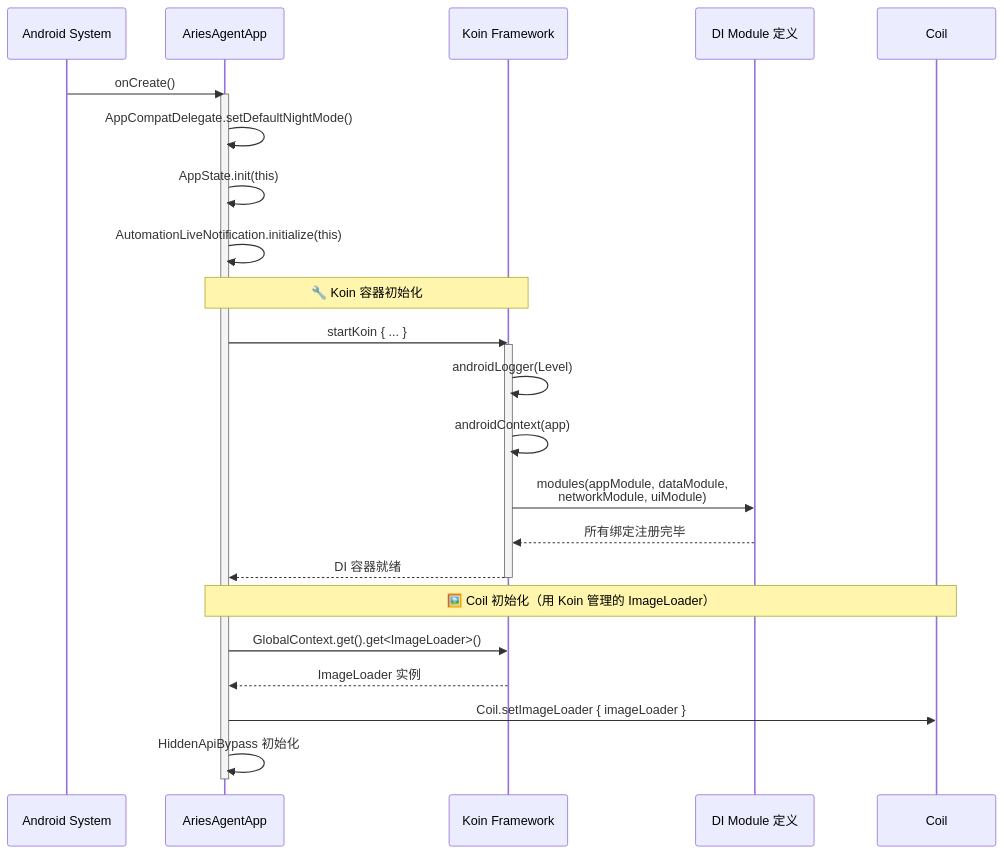
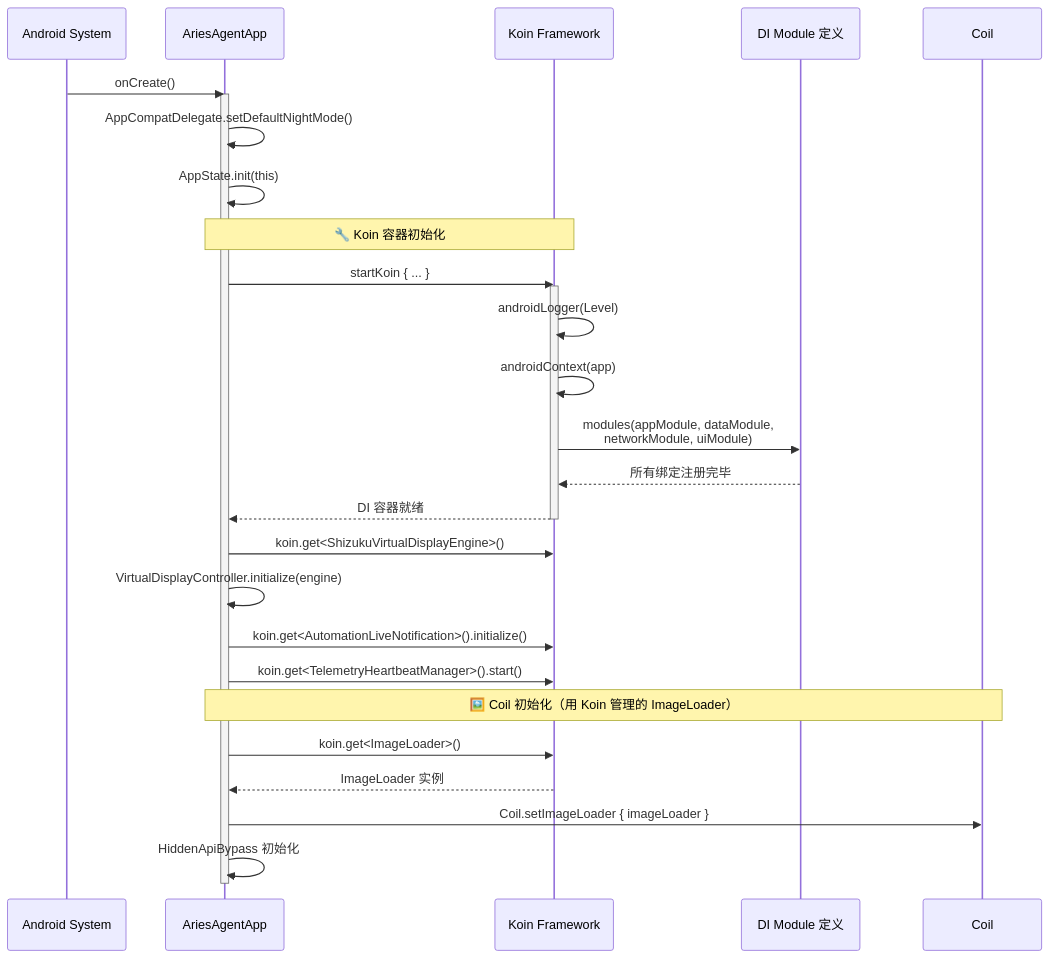
Before and after one commit to ZG0704666/Aries-AI: the fourth of 4 diagrams in Aries-site/docs/技术架构/DI 依赖注入 (Koin).md, drawn with Mermaid. The commit also changed other lines of this file and 45 other files, not shown here.

````diff
--- a/Aries-site/docs/技术架构/DI 依赖注入 (Koin).md
+++ b/Aries-site/docs/技术架构/DI 依赖注入 (Koin).md
@@ -392,33 +443,37 @@
 ```mermaid
 sequenceDiagram
     participant System as Android System
     participant App as AriesAgentApp
     participant Koin as Koin Framework
     participant Modules as DI Module 定义
     participant Coil as Coil
 
     System->>App: onCreate()
     activate App
 
     App->>App: AppCompatDelegate.setDefaultNightMode()
     App->>App: AppState.init(this)
-    App->>App: AutomationLiveNotification.initialize(this)
 
     Note over App,Koin: 🔧 Koin 容器初始化
     App->>Koin: startKoin { ... }
     activate Koin
     Koin->>Koin: androidLogger(Level)
     Koin->>Koin: androidContext(app)
     Koin->>Modules: modules(appModule, dataModule,<br/>networkModule, uiModule)
     Modules-->>Koin: 所有绑定注册完毕
     Koin-->>App: DI 容器就绪
     deactivate Koin
 
+    App->>Koin: koin.get<ShizukuVirtualDisplayEngine>()
+    App->>App: VirtualDisplayController.initialize(engine)
+    App->>Koin: koin.get<AutomationLiveNotification>().initialize()
+    App->>Koin: koin.get<TelemetryHeartbeatManager>().start()
+
     Note over App,Coil: 🖼️ Coil 初始化（用 Koin 管理的 ImageLoader）
-    App->>Koin: GlobalContext.get().get<ImageLoader>()
+    App->>Koin: koin.get<ImageLoader>()
     Koin-->>App: ImageLoader 实例
     App->>Coil: Coil.setImageLoader { imageLoader }
 
     App->>App: HiddenApiBypass 初始化
     deactivate App
 ```
````
